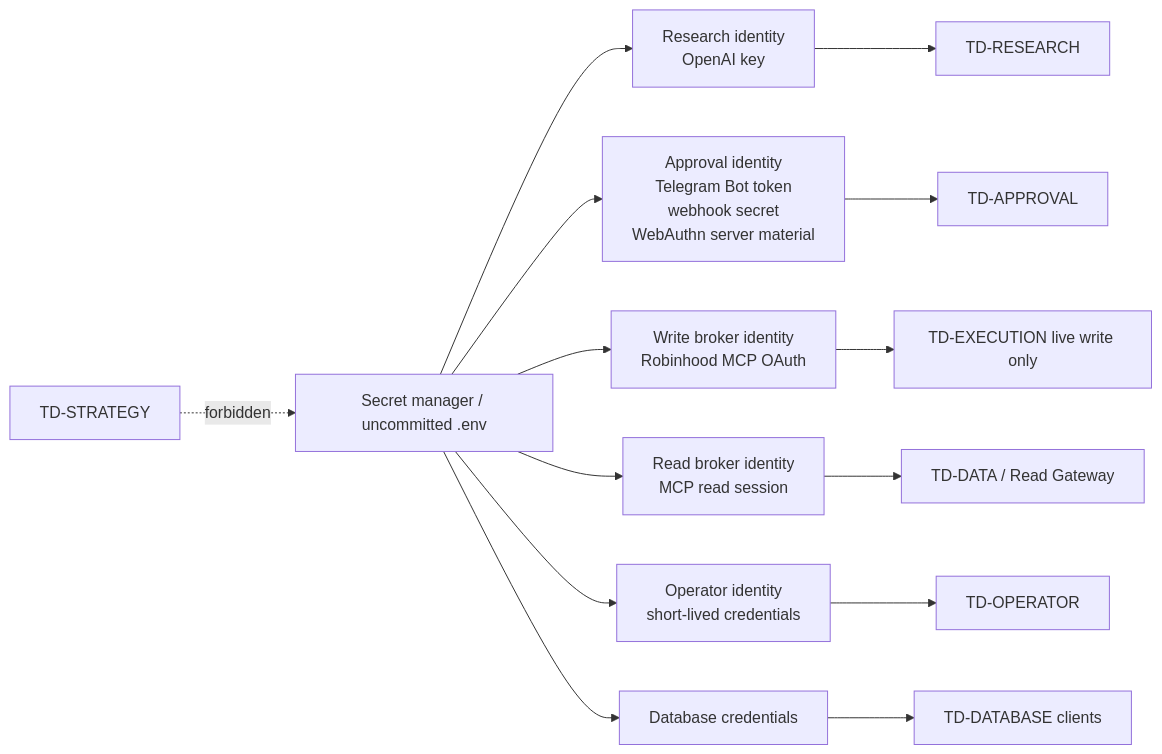
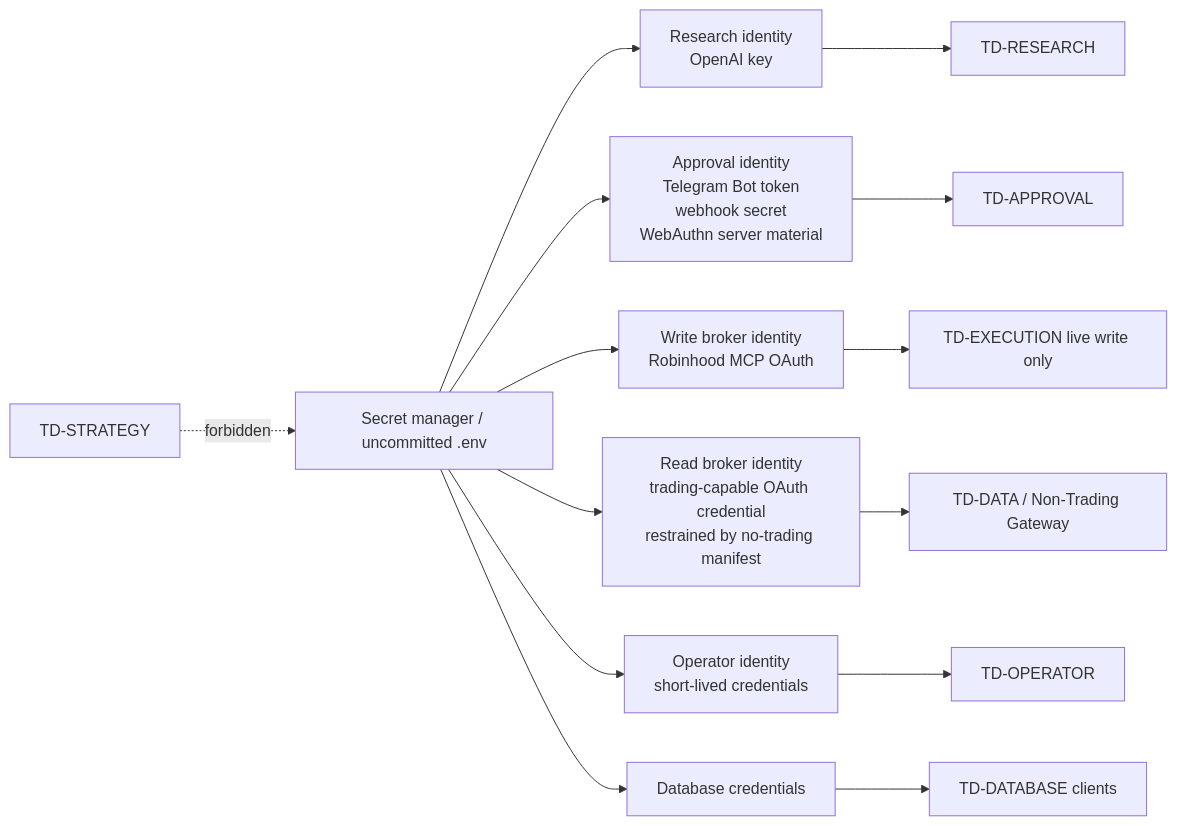
Before and after one commit to likefudan/ainvest: the second of 3 diagrams in docs/security/data-flow.md, drawn with Mermaid. The commit also changed other lines of this file and 10 other files, not shown here.

````diff
--- a/docs/security/data-flow.md
+++ b/docs/security/data-flow.md
@@ -137,18 +137,18 @@
 ```mermaid
 flowchart LR
   SM["Secret manager / uncommitted .env"] --> RID["Research identity<br/>OpenAI key"]
   SM --> AID["Approval identity<br/>Telegram Bot token<br/>webhook secret<br/>WebAuthn server material"]
   SM --> WID["Write broker identity<br/>Robinhood MCP OAuth"]
-  SM --> RDG["Read broker identity<br/>MCP read session"]
+  SM --> RDG["Read broker identity<br/>trading-capable OAuth credential<br/>restrained by no-trading manifest"]
   SM --> OID["Operator identity<br/>short-lived credentials"]
   SM --> DBID["Database credentials"]
 
   RID --> RES["TD-RESEARCH"]
   AID --> APR["TD-APPROVAL"]
-  RDG --> DATA["TD-DATA / Read Gateway"]
+  RDG --> DATA["TD-DATA / Non-Trading Gateway"]
   WID --> EXE["TD-EXECUTION live write only"]
   OID --> OPS["TD-OPERATOR"]
   DBID --> DB["TD-DATABASE clients"]
 
   STR["TD-STRATEGY"] -.->|"forbidden"| SM
 ```
````
